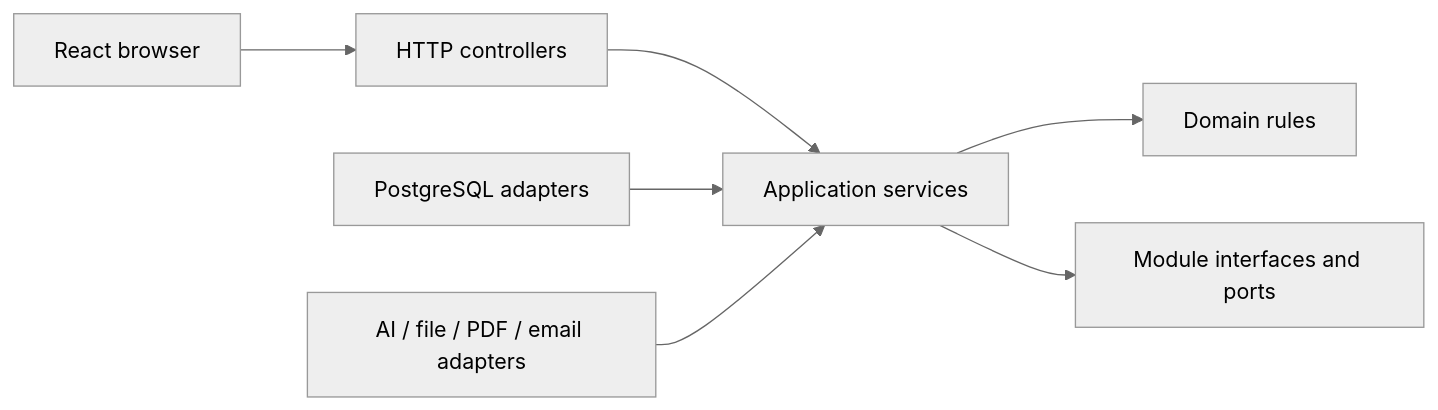
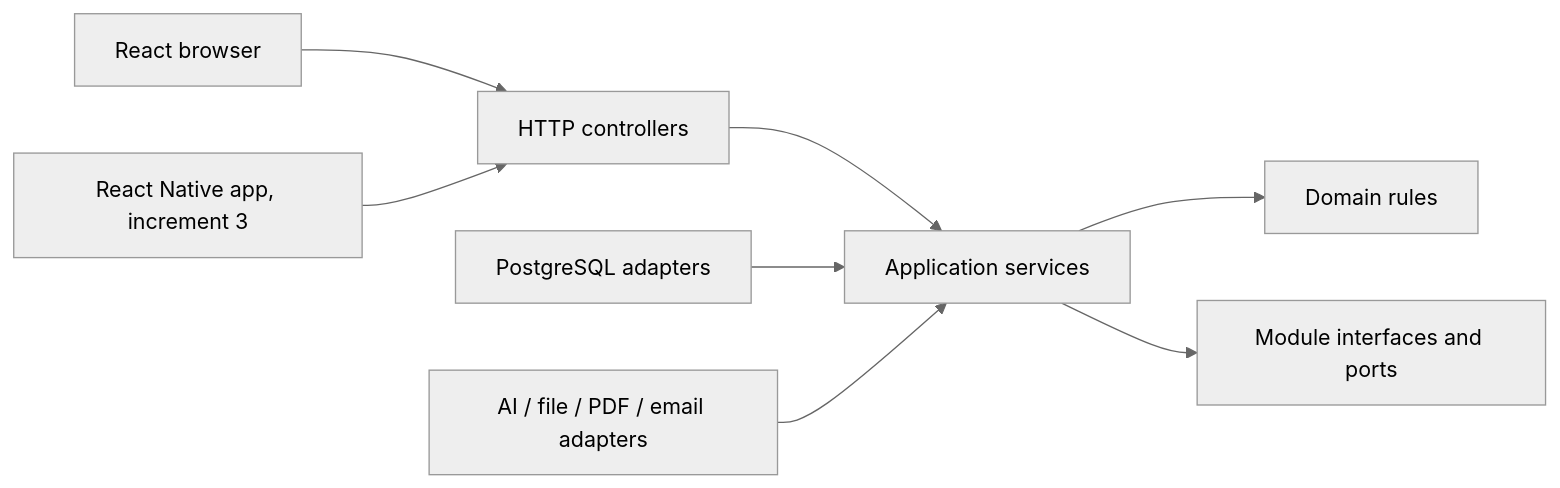
Before and after one commit to Aymenchaghoub/etaye: the first of 2 diagrams in docs/planning-artifacts/architecture/ARCHITECTURE-SPINE.md, drawn with Mermaid (neutral theme). The commit also changed other lines of this file and 35 other files, not shown here.

First line of the commit message:
docs(decisions): choose React Native with Expo for the native app and keep mobile demo-only (ADR-010) (#28)

````diff
--- a/docs/planning-artifacts/architecture/ARCHITECTURE-SPINE.md
+++ b/docs/planning-artifacts/architecture/ARCHITECTURE-SPINE.md
@@ -24,9 +24,10 @@
 ```mermaid
 flowchart LR
   UI[React browser] --> HTTP[HTTP controllers]
+  NATIVE[React Native app, increment 3] --> HTTP
   HTTP --> APP[Application services]
   APP --> DOMAIN[Domain rules]
   DB[PostgreSQL adapters] --> APP
   EXT[AI / file / PDF / email adapters] --> APP
   APP --> PORTS[Module interfaces and ports]
 ```
````
